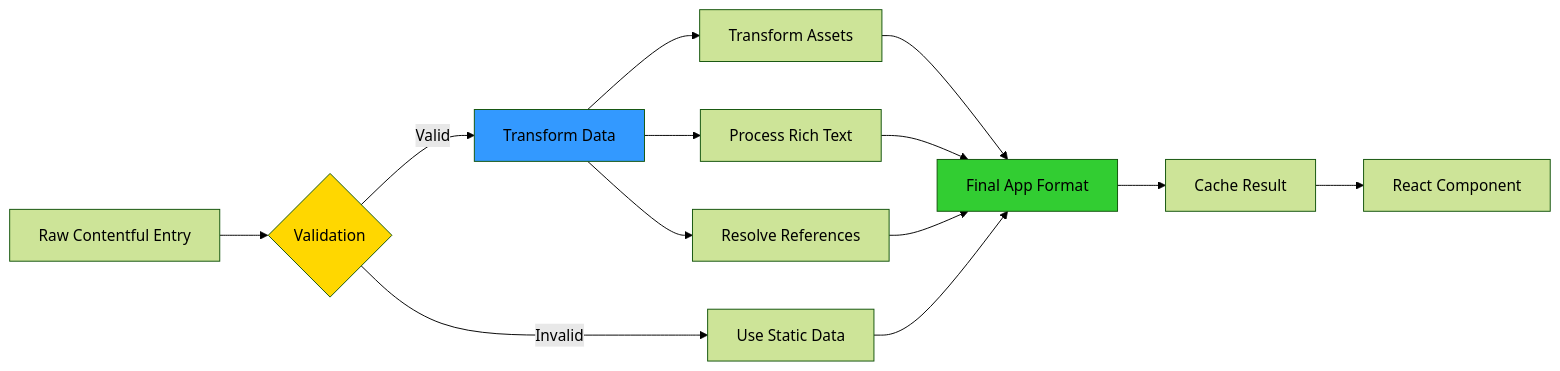
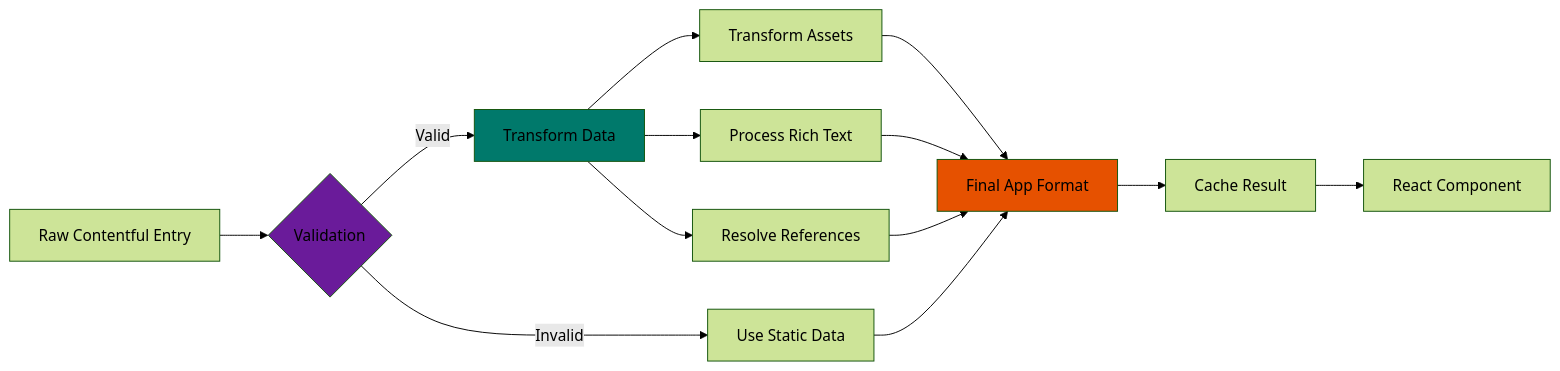
Before and after one commit to ashleyshaw/makeup-portfolio: diagram 12 of 12 in src/CONTENTFUL_CONTENT_MODEL.md, drawn with Mermaid (forest theme). The commit also changed other lines of this file and 55 other files, not shown here.

````diff
--- a/src/CONTENTFUL_CONTENT_MODEL.md
+++ b/src/CONTENTFUL_CONTENT_MODEL.md
@@ -519,22 +540,22 @@
 ```mermaid
 flowchart LR
     Raw[Raw Contentful Entry] --> Validate{Validation}
     Validate -->|Valid| Transform[Transform Data]
     Validate -->|Invalid| Fallback[Use Static Data]
-    
+
     Transform --> Asset[Transform Assets]
     Transform --> Rich[Process Rich Text]
     Transform --> Ref[Resolve References]
-    
+
     Asset --> Final[Final App Format]
     Rich --> Final
     Ref --> Final
     Fallback --> Final
-    
+
     Final --> Cache[Cache Result]
     Cache --> Component[React Component]
-    
-    style Validate fill:#FFD700
-    style Transform fill:#3399FF
-    style Final fill:#32CD32
+
+    style Validate fill:#6A1B9A
+    style Transform fill:#00796B
+    style Final fill:#E65100
 ```
````
